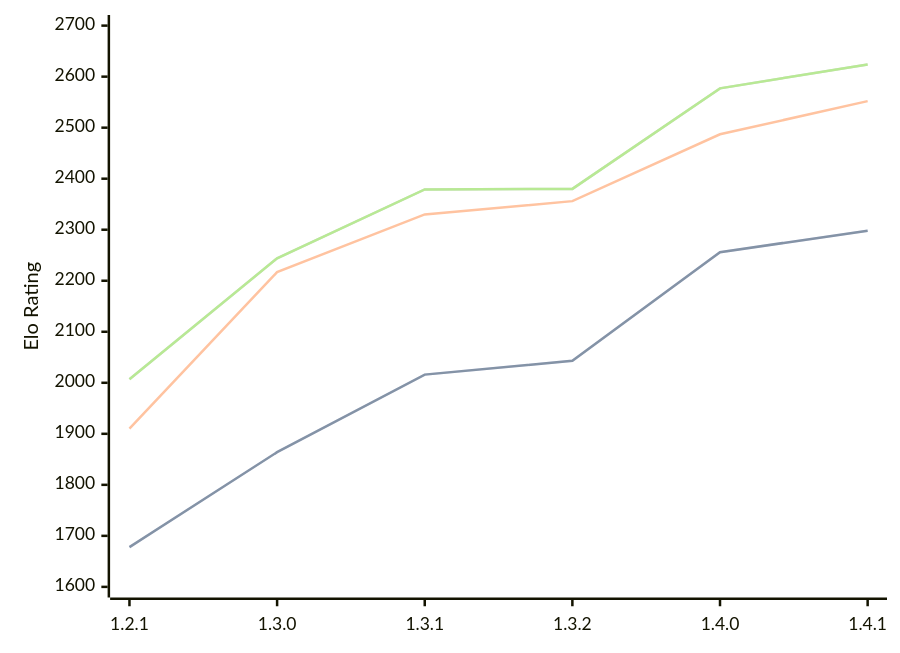
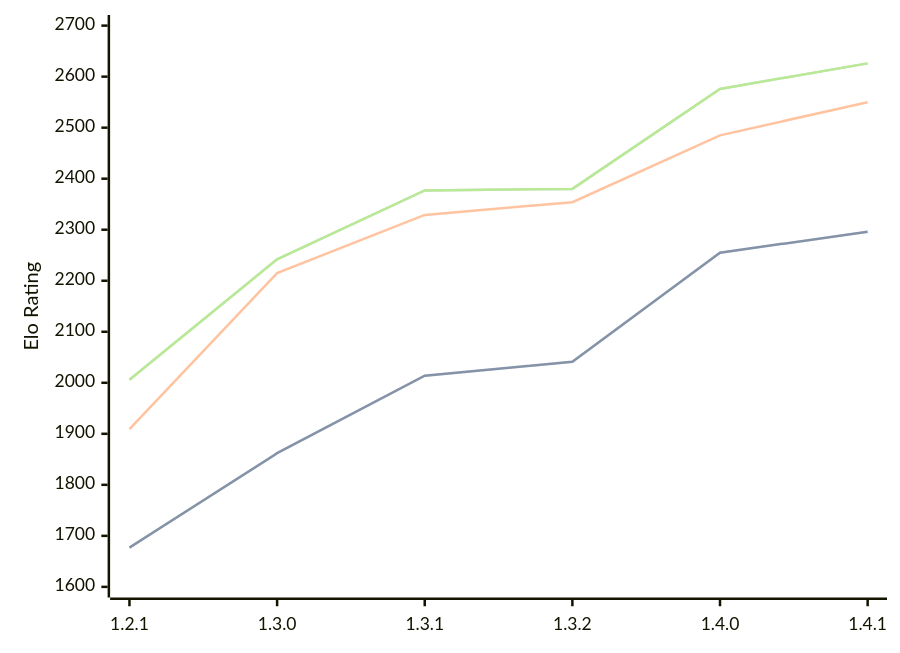
One commit to computer-chess-index/cci changed the diagram in engines/Chal.md. Above: the diagram before and after it, drawn with Mermaid. The commit also changed other lines of this file, not shown here.

Commit message:
Update CCI Ratings (ELO VLTC) - 2026-06-07

````diff
--- a/engines/Chal.md
+++ b/engines/Chal.md
@@ -39,11 +39,11 @@
 ```mermaid
 %%{init: {"theme":"base","themeVariables":{"seriesColors:['#a3a3a3','#222221','#faa371']}}}%%
 xychart-beta
   x-axis ["1.2.1", "1.3.0", "1.3.1", "1.3.2", "1.4.0", "1.4.1"]
   y-axis "Elo Rating" 1600 --> 2700
-  line "STC (8.0+0.08s)" [1678, 1864, 2016, 2043, 2256, 2298]
-  line "STC (8.0+0.08s)" [1678, 1864, 2016, 2043, 2256, 2298]
-  line "LTC (60.0+0.60s)" [1910, 2217, 2330, 2356, 2487, 2552]
-  line "VLTC (2m24s+1.12s)" [2007, 2244, 2379, 2380, 2577, 2624]
-  line "VLTC (2m24s+1.12s)" [2007, 2244, 2379, 2380, 2577, 2624]
+  line "STC (8.0+0.08s)" [1677, 1862, 2014, 2041, 2255, 2296]
+  line "STC (8.0+0.08s)" [1677, 1862, 2014, 2041, 2255, 2296]
+  line "LTC (60.0+0.60s)" [1909, 2215, 2329, 2354, 2485, 2550]
+  line "VLTC (2m24s+1.12s)" [2006, 2242, 2377, 2380, 2576, 2626]
+  line "VLTC (2m24s+1.12s)" [2006, 2242, 2377, 2380, 2576, 2626]
 ```
````
